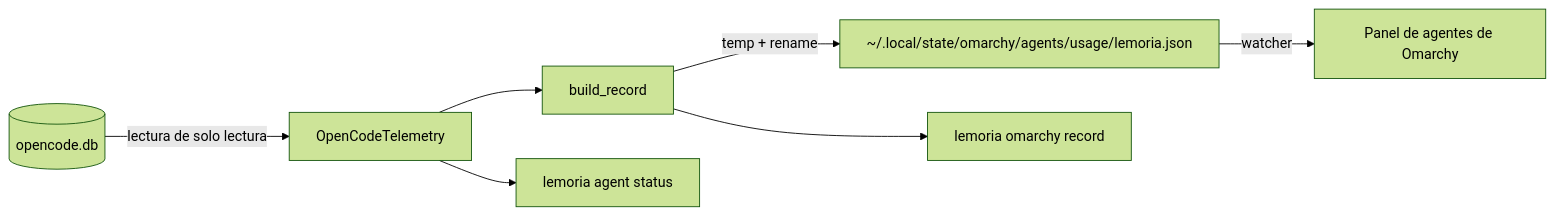
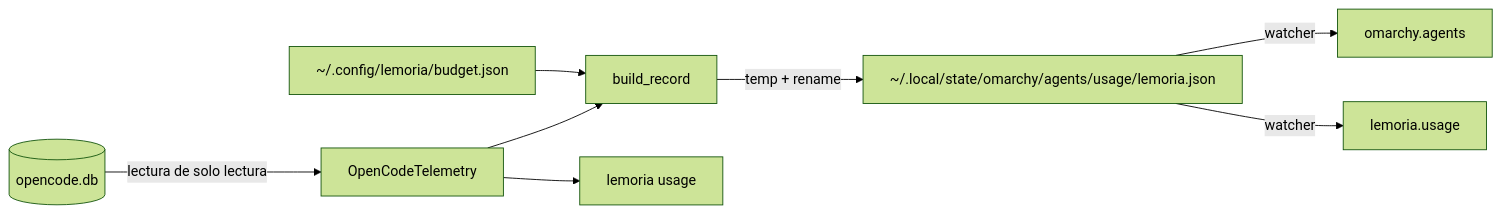
The diagram in docs/AGENT-MANAGEMENT.md (devcristianlopez/lemoria), drawn with Mermaid (forest theme) before and after one commit. The commit also changed other lines of this file and 13 other files, not shown here.

````diff
--- a/docs/AGENT-MANAGEMENT.md
+++ b/docs/AGENT-MANAGEMENT.md
@@ -249,9 +249,10 @@
 ```mermaid
 flowchart LR
   OC[("opencode.db")] -->|lectura de solo lectura| TEL[OpenCodeTelemetry]
-  TEL --> REC[build_record]
+  BUD["~/.config/lemoria/budget.json"] --> REC[build_record]
+  TEL --> REC
   REC -->|temp + rename| DIR["~/.local/state/omarchy/agents/usage/lemoria.json"]
-  DIR -->|watcher| PANEL[Panel de agentes de Omarchy]
-  TEL --> CLI[lemoria agent status]
-  REC --> CLI2[lemoria omarchy record]
+  DIR -->|watcher| OLD[omarchy.agents]
+  DIR -->|watcher| NEW[lemoria.usage]
+  TEL --> CLI[lemoria usage]
 ```
````
